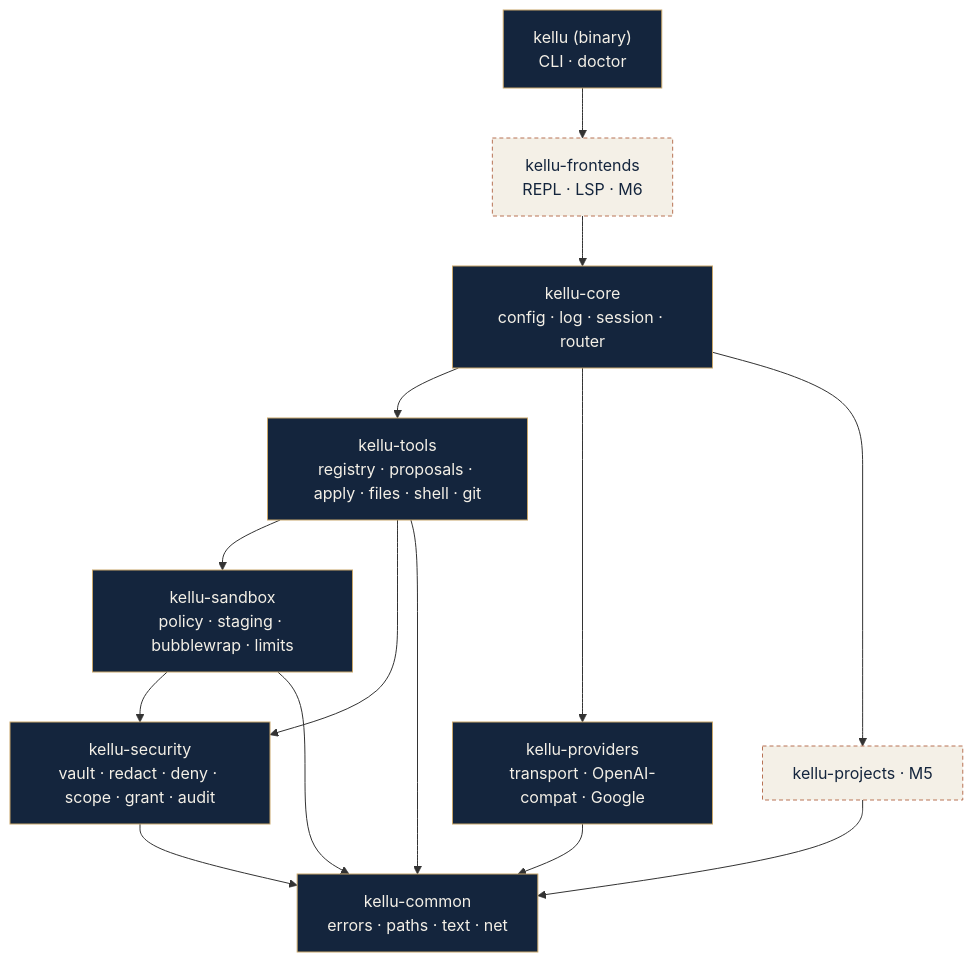
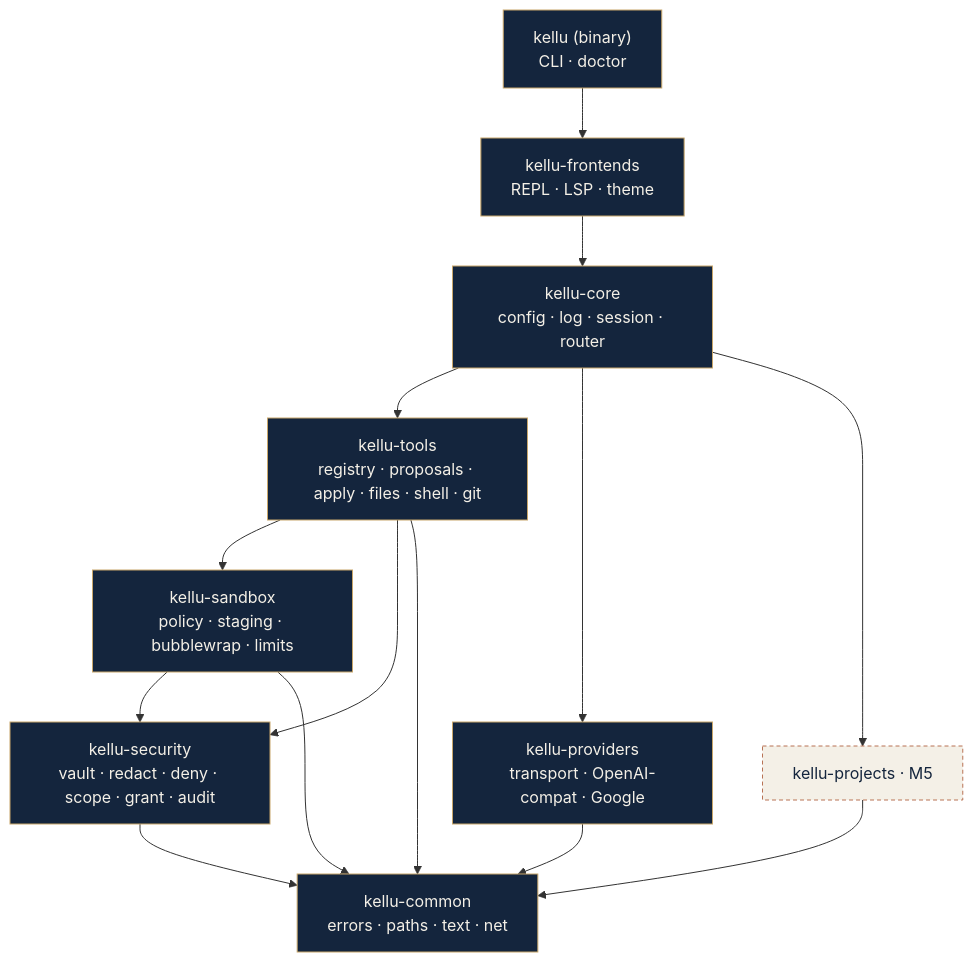
One commit to drojo72/kellu changed the first of 2 diagrams in docs/ARCHITECTURE.md. Above: the diagram before and after it, drawn with Mermaid. The commit also changed other lines of this file and 33 other files, not shown here.

````diff
--- a/docs/ARCHITECTURE.md
+++ b/docs/ARCHITECTURE.md
@@ -32,21 +32,21 @@
 ```mermaid
 flowchart TD
     bin["kellu (binary)<br/>CLI · doctor"]:::done
-    fe["kellu-frontends<br/>REPL · LSP · M6"]:::todo
+    fe["kellu-frontends<br/>REPL · LSP · theme"]:::done
     core["kellu-core<br/>config · log · session · router"]:::done
     tools["kellu-tools<br/>registry · proposals · apply · files · shell · git"]:::done
     proj["kellu-projects · M5"]:::todo
     prov["kellu-providers<br/>transport · OpenAI-compat · Google"]:::done
     sbx["kellu-sandbox<br/>policy · staging · bubblewrap · limits"]:::done
     sec["kellu-security<br/>vault · redact · deny · scope · grant · audit"]:::done
     com["kellu-common<br/>errors · paths · text · net"]:::done
     bin --> fe --> core
     core --> tools --> sbx --> sec --> com
     core --> prov --> com
     core --> proj --> com
     tools --> sec
     tools --> com
     sbx --> com
     classDef done fill:#14253D,stroke:#C8A66A,color:#F4F0E7
     classDef todo fill:#F4F0E7,stroke:#B87355,color:#14253D,stroke-dasharray:4 3
 ```
````
